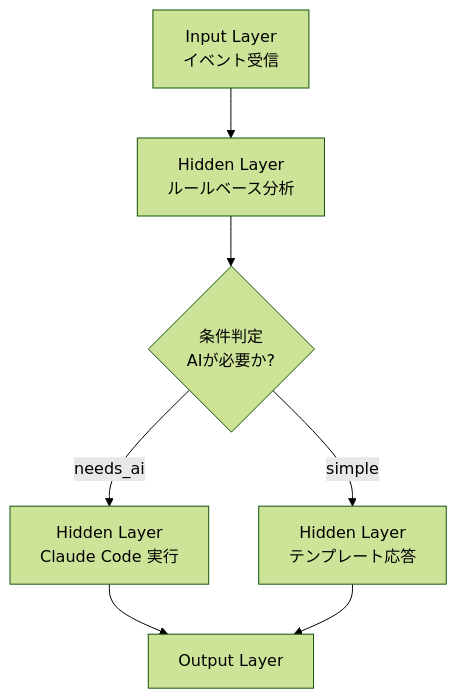
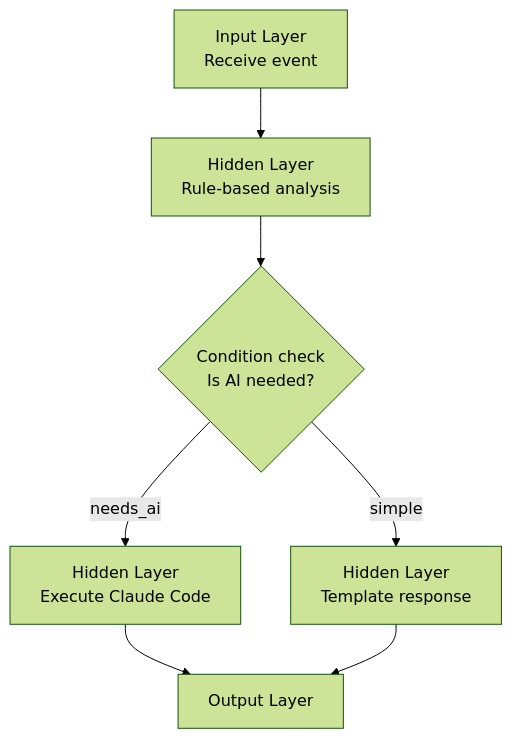
Before and after one commit to smartcrabai/smartcrab: the fifth of 6 diagrams in docs/content/design/dag-engine.md, drawn with Mermaid (forest theme). The commit also changed other lines of this file and 19 other files, not shown here.

````diff
--- a/docs/content/design/dag-engine.md
+++ b/docs/content/design/dag-engine.md
@@ -116,9 +116,9 @@
 ```mermaid
 flowchart TD
-    Input[Input Layer<br/>イベント受信] --> Analyze[Hidden Layer<br/>ルールベース分析]
-    Analyze --> Cond{"条件判定<br/>AIが必要か?"}
-    Cond -->|"needs_ai"| AI[Hidden Layer<br/>Claude Code 実行]
-    Cond -->|"simple"| Simple[Hidden Layer<br/>テンプレート応答]
+    Input[Input Layer<br/>Receive event] --> Analyze[Hidden Layer<br/>Rule-based analysis]
+    Analyze --> Cond{"Condition check<br/>Is AI needed?"}
+    Cond -->|"needs_ai"| AI[Hidden Layer<br/>Execute Claude Code]
+    Cond -->|"simple"| Simple[Hidden Layer<br/>Template response]
     AI --> Output[Output Layer]
     Simple --> Output
 ```
````
